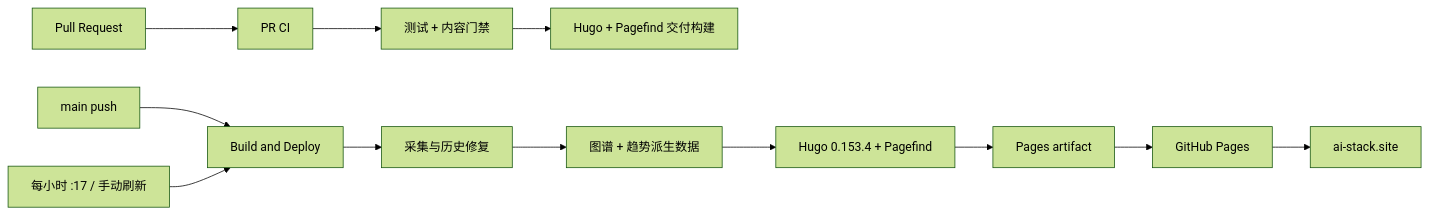
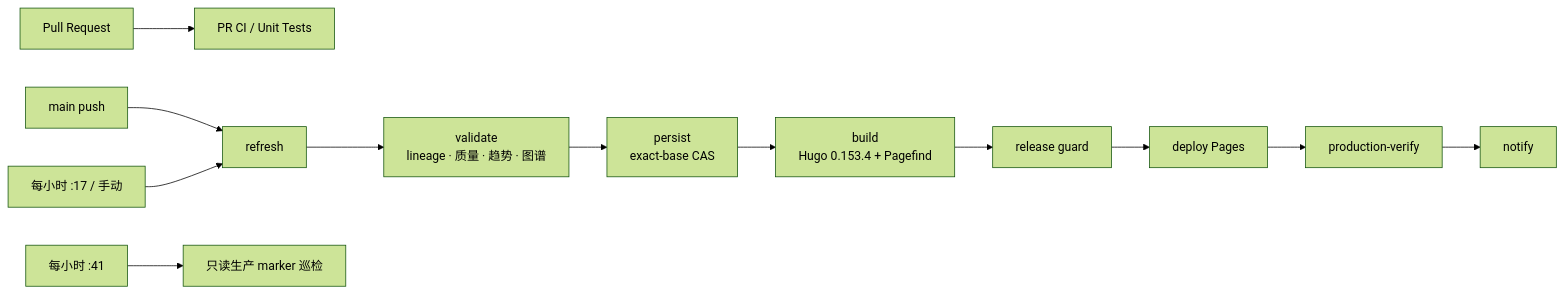
Before and after one commit to g5n-dev/ai-stack: the third of 4 diagrams in docs/系统设计文档.md, drawn with Mermaid (forest theme). The commit also changed other lines of this file and 2649 other files, not shown here.

````diff
--- a/docs/系统设计文档.md
+++ b/docs/系统设计文档.md
@@ -772,14 +772,14 @@
 ```mermaid
-graph LR
-    A[Pull Request] --> B[PR CI]
-    B --> C[测试 + 内容门禁]
-    C --> D[Hugo + Pagefind 交付构建]
-    E[main push] --> F[Build and Deploy]
-    G[每小时 :17 / 手动刷新] --> F
-    F --> H[采集与历史修复]
-    H --> I[图谱 + 趋势派生数据]
-    I --> J[Hugo 0.153.4 + Pagefind]
-    J --> K[Pages artifact]
-    K --> L[GitHub Pages]
-    L --> M[ai-stack.site]
+flowchart LR
+    A[Pull Request] --> B[PR CI / Unit Tests]
+    C[main push] --> R[refresh]
+    D[每小时 :17 / 手动] --> R
+    R --> V[validate<br/>lineage · 质量 · 趋势 · 图谱]
+    V --> P[persist<br/>exact-base CAS]
+    P --> H[build<br/>Hugo 0.153.4 + Pagefind]
+    H --> G[release guard]
+    G --> E[deploy Pages]
+    E --> S[production-verify]
+    S --> N[notify]
+    M[每小时 :41] --> O[只读生产 marker 巡检]
 ```
````
